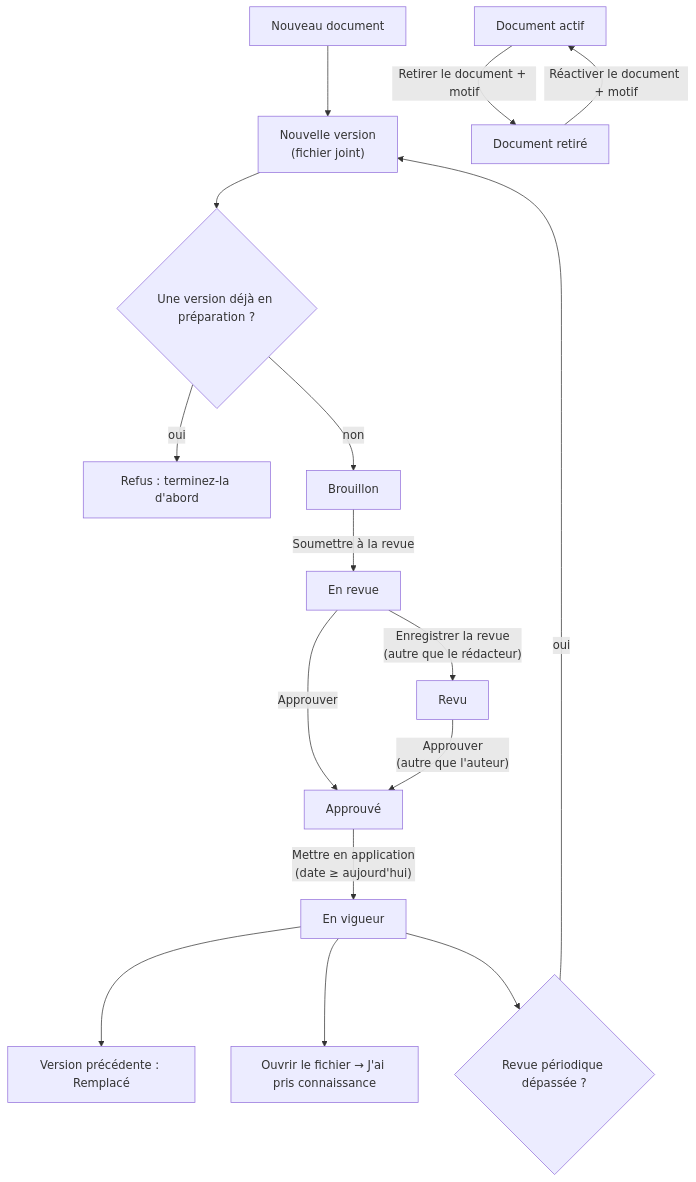
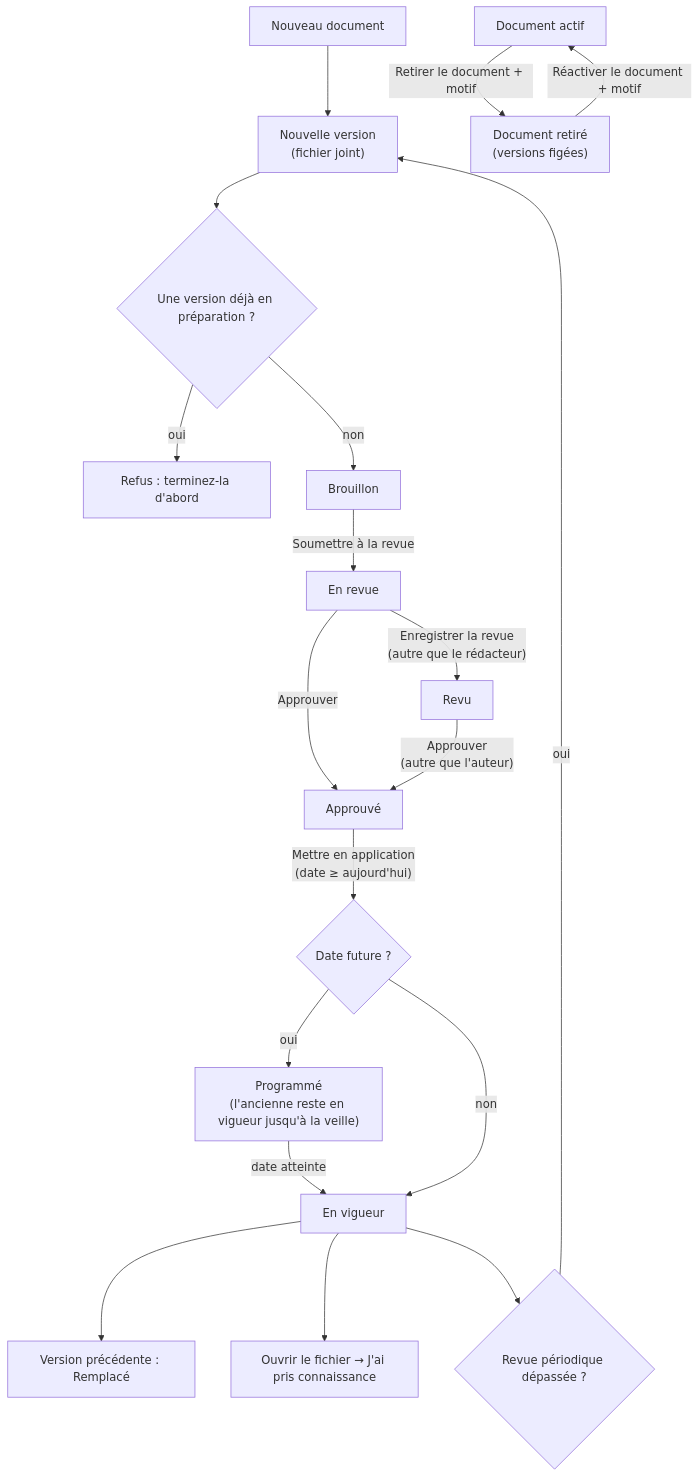
Before and after one commit to J4dJad/MarocLis: the sixth of 9 diagrams in docs/manuel/05-qualite-equipements.md, drawn with Mermaid. The commit also changed other lines of this file and 3 other files, not shown here.

````diff
--- a/docs/manuel/05-qualite-equipements.md
+++ b/docs/manuel/05-qualite-equipements.md
@@ -459,18 +545,21 @@
 ```mermaid
 flowchart TD
     N["Nouveau document"] --> V["Nouvelle version<br/>(fichier joint)"]
     V --> X{"Une version déjà en préparation ?"}
     X -->|oui| XR["Refus : terminez-la d'abord"]
     X -->|non| B["Brouillon"]
     B -->|"Soumettre à la revue"| R["En revue"]
     R -->|"Enregistrer la revue<br/>(autre que le rédacteur)"| RV["Revu"]
     R -->|"Approuver"| AP["Approuvé"]
     RV -->|"Approuver<br/>(autre que l'auteur)"| AP
-    AP -->|"Mettre en application<br/>(date ≥ aujourd'hui)"| EV["En vigueur"]
+    AP -->|"Mettre en application<br/>(date ≥ aujourd'hui)"| D{"Date future ?"}
+    D -->|oui| PG["Programmé<br/>(l'ancienne reste en vigueur jusqu'à la veille)"]
+    PG -->|"date atteinte"| EV["En vigueur"]
+    D -->|non| EV
     EV --> OLD["Version précédente : Remplacé"]
     EV --> L["Ouvrir le fichier → J'ai pris connaissance"]
     EV --> P{"Revue périodique dépassée ?"}
     P -->|oui| V
-    DA["Document actif"] -->|"Retirer le document + motif"| DR["Document retiré"]
+    DA["Document actif"] -->|"Retirer le document + motif"| DR["Document retiré<br/>(versions figées)"]
     DR -->|"Réactiver le document + motif"| DA
 ```
````
